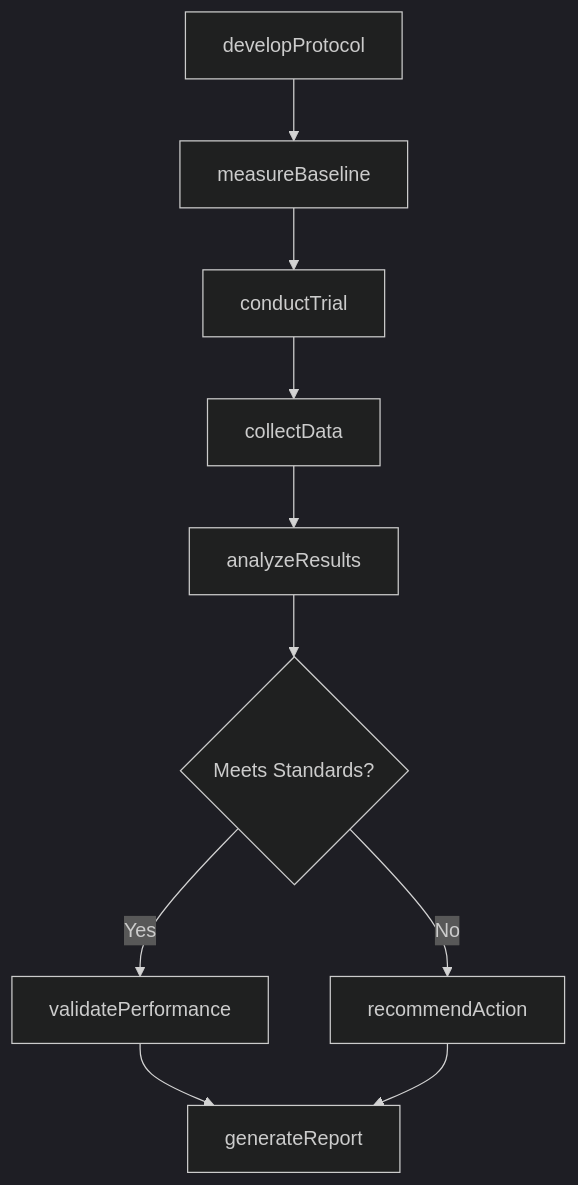
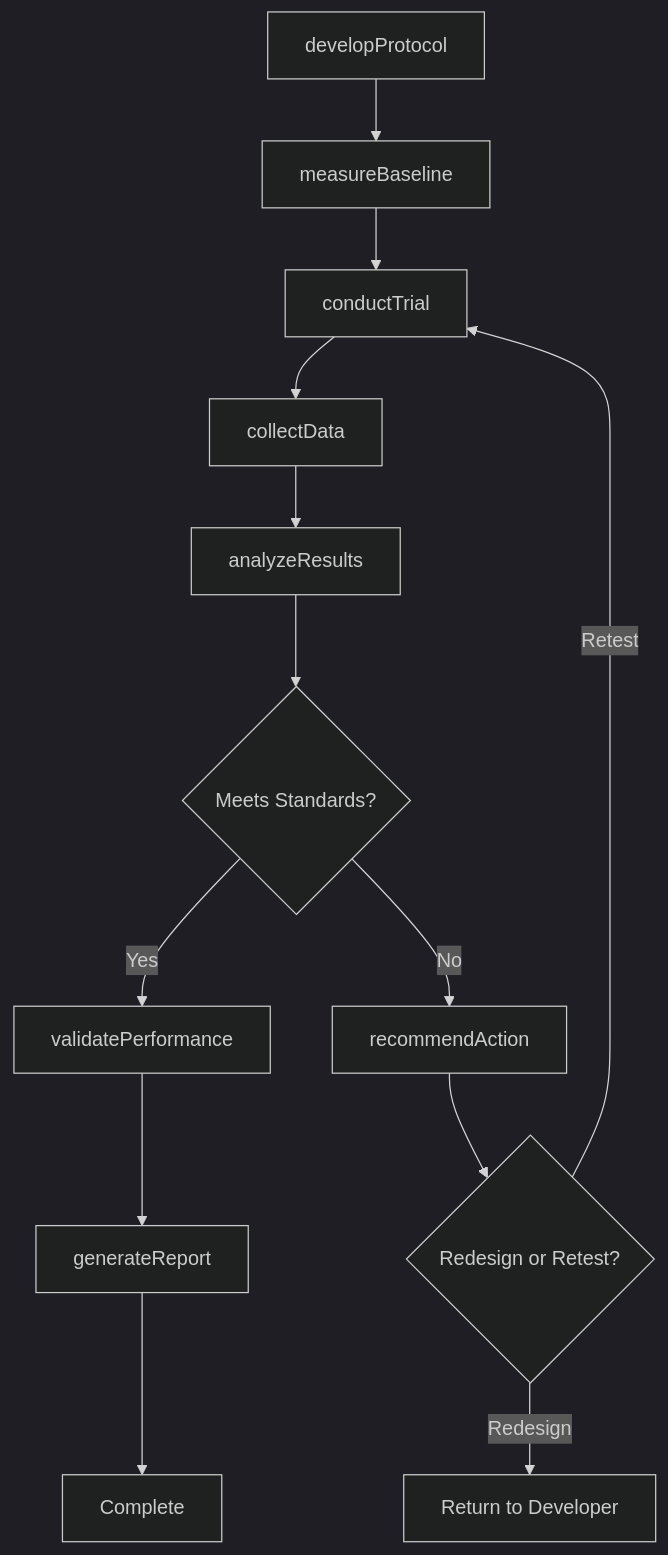
The third of 4 diagrams in InspectingEquipmentStructuresOrMaterials/EvaluateGreenTechnologiesOrProcesses/TestGreenTechnologiesProcesses.mdx (dot-org-ai/tasks.org.ai), drawn with Mermaid (dark theme) before and after one commit. The commit also changed other lines of this file and 504 other files, not shown here.

First line of the commit message:
feat: Add ER diagrams, state diagrams, and workflow improvements to 96 DWA task files

````diff
--- a/InspectingEquipmentStructuresOrMaterials/EvaluateGreenTechnologiesOrProcesses/TestGreenTechnologiesProcesses.mdx
+++ b/InspectingEquipmentStructuresOrMaterials/EvaluateGreenTechnologiesOrProcesses/TestGreenTechnologiesProcesses.mdx
@@ -92,12 +123,15 @@
 ```mermaid
 graph TD
     A[developProtocol] --> B[measureBaseline]
     B --> C[conductTrial]
     C --> D[collectData]
     D --> E[analyzeResults]
     E --> F{Meets Standards?}
     F -->|Yes| G[validatePerformance]
     F -->|No| H[recommendAction]
     G --> I[generateReport]
-    H --> I
+    H --> J{Redesign or Retest?}
+    J -->|Retest| C
+    J -->|Redesign| K[Return to Developer]
+    I --> L[Complete]
 ```
````
